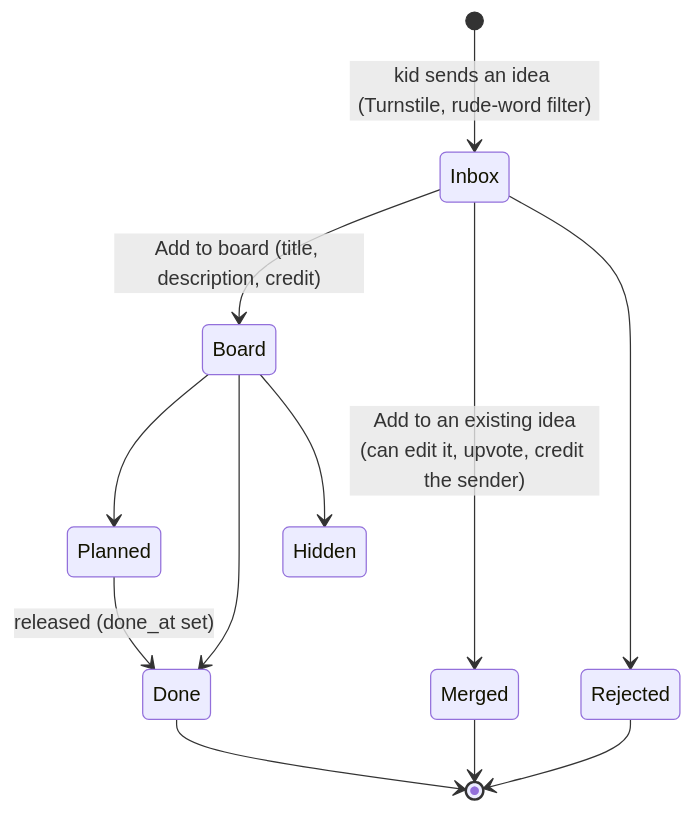
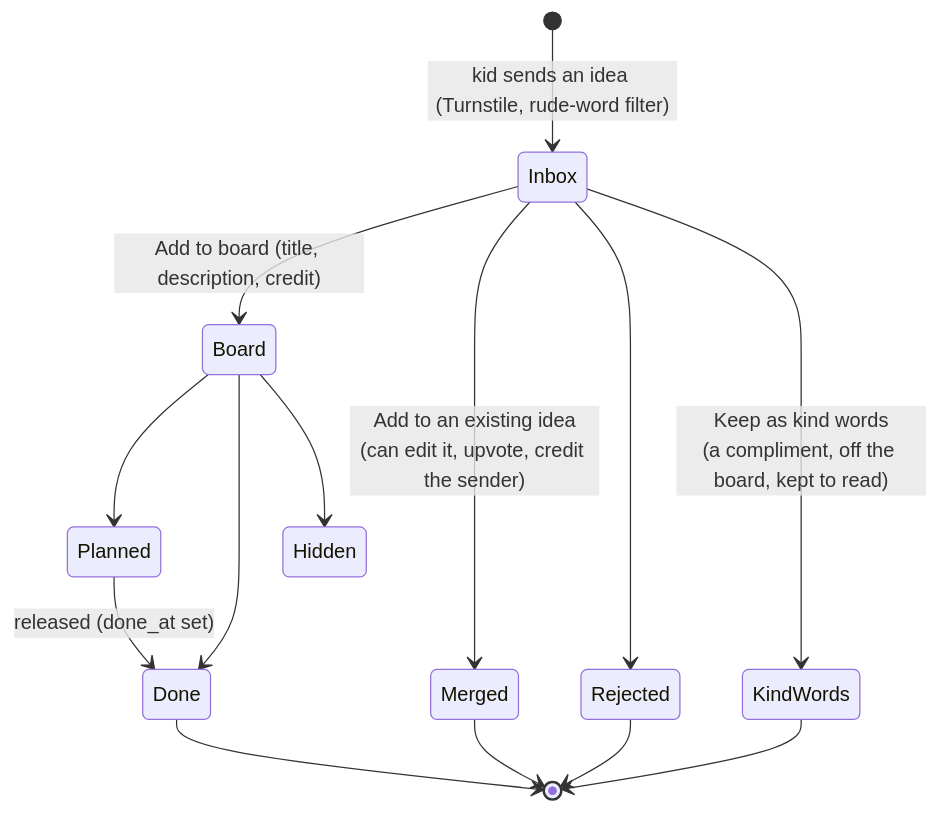
The fifth of 7 diagrams in docs/architecture.md (orsonbrooker/orsonbrooker.github.io), drawn with Mermaid before and after one commit. The commit also changed other lines of this file and 7 other files, not shown here.

Commit message:
Admin: keep compliments from the inbox in a Kind words section instead of rejecting them

````diff
--- a/docs/architecture.md
+++ b/docs/architecture.md
@@ -367,14 +368,16 @@
 ```mermaid
 stateDiagram-v2
   [*] --> Inbox: kid sends an idea (Turnstile, rude-word filter)
   Inbox --> Board: Add to board (title, description, credit)
   Inbox --> Merged: Add to an existing idea<br/>(can edit it, upvote, credit the sender)
   Inbox --> Rejected
+  Inbox --> KindWords: Keep as kind words<br/>(a compliment, off the board, kept to read)
   Board --> Planned
   Planned --> Done: released (done_at set)
   Board --> Done
   Board --> Hidden
   Merged --> [*]
   Rejected --> [*]
+  KindWords --> [*]
   Done --> [*]
 ```
````
